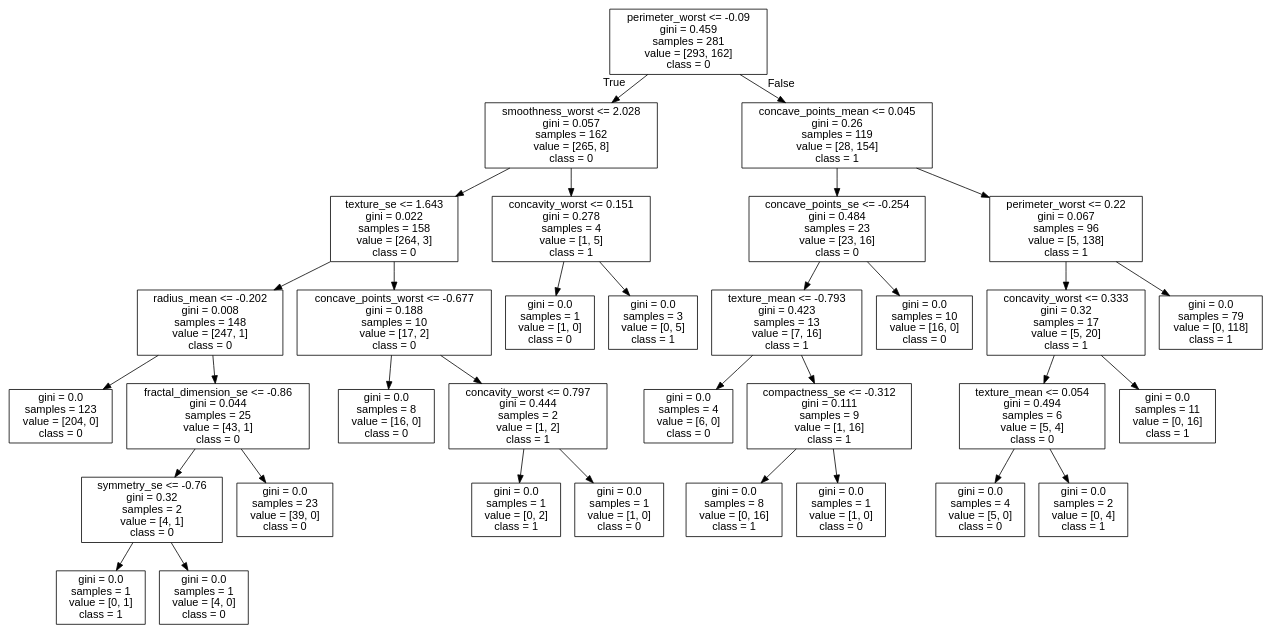
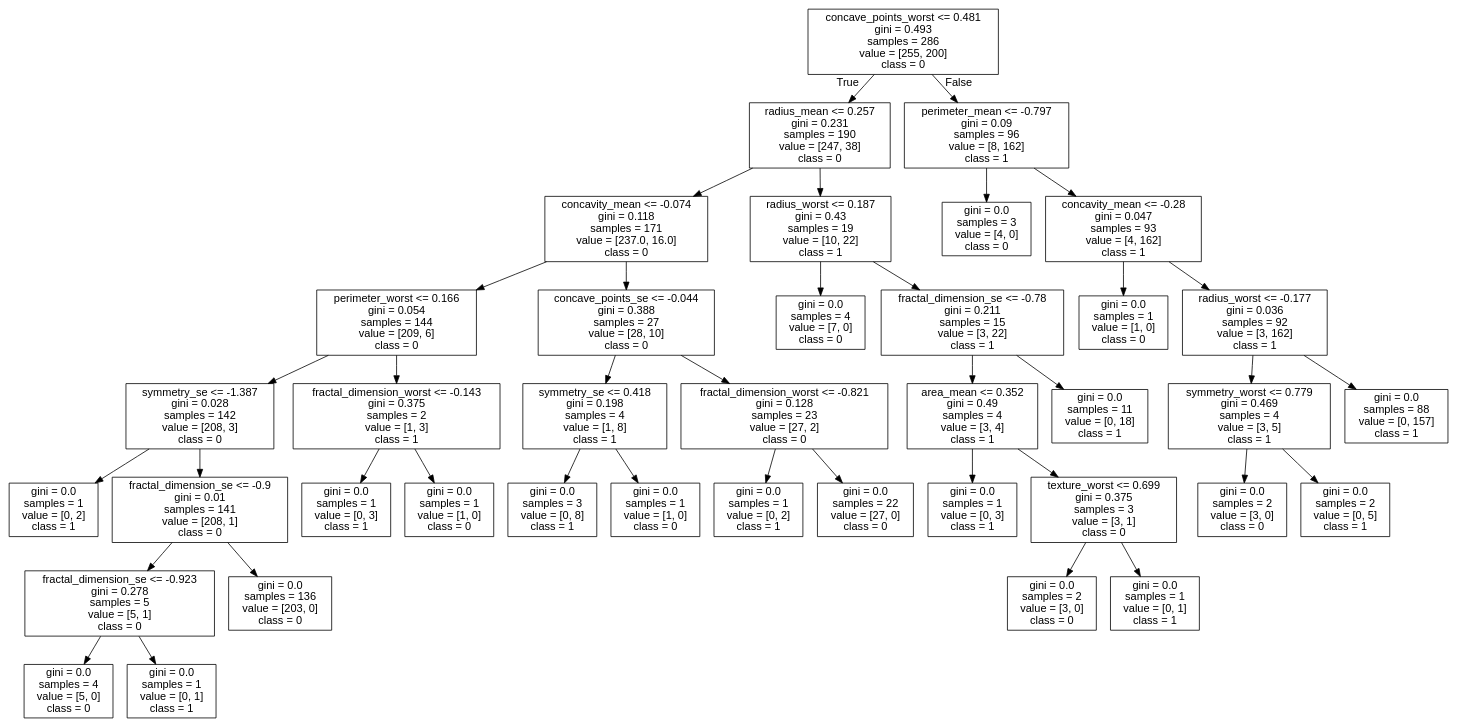
Before and after one commit to cyrilvincent/mlops: the diagram in data/cancer/tree.dot, drawn with Graphviz. The commit also changed 4 other files, not shown here.

```diff
--- a/data/cancer/tree.dot
+++ b/data/cancer/tree.dot
@@ -1,69 +1,81 @@
 digraph Tree {
 node [shape=box, fontname="helvetica"] ;
 edge [fontname="helvetica"] ;
-0 [label="perimeter_worst <= -0.09\ngini = 0.459\nsamples = 281\nvalue = [293, 162]\nclass = 0"] ;
-1 [label="smoothness_worst <= 2.028\ngini = 0.057\nsamples = 162\nvalue = [265, 8]\nclass = 0"] ;
+0 [label="concave_points_worst <= 0.481\ngini = 0.493\nsamples = 286\nvalue = [255, 200]\nclass = 0"] ;
+1 [label="radius_mean <= 0.257\ngini = 0.231\nsamples = 190\nvalue = [247, 38]\nclass = 0"] ;
 0 -> 1 [labeldistance=2.5, labelangle=45, headlabel="True"] ;
-2 [label="texture_se <= 1.643\ngini = 0.022\nsamples = 158\nvalue = [264, 3]\nclass = 0"] ;
+2 [label="concavity_mean <= -0.074\ngini = 0.118\nsamples = 171\nvalue = [237.0, 16.0]\nclass = 0"] ;
 1 -> 2 ;
-3 [label="radius_mean <= -0.202\ngini = 0.008\nsamples = 148\nvalue = [247, 1]\nclass = 0"] ;
+3 [label="perimeter_worst <= 0.166\ngini = 0.054\nsamples = 144\nvalue = [209, 6]\nclass = 0"] ;
 2 -> 3 ;
-4 [label="gini = 0.0\nsamples = 123\nvalue = [204, 0]\nclass = 0"] ;
+4 [label="symmetry_se <= -1.387\ngini = 0.028\nsamples = 142\nvalue = [208, 3]\nclass = 0"] ;
 3 -> 4 ;
-5 [label="fractal_dimension_se <= -0.86\ngini = 0.044\nsamples = 25\nvalue = [43, 1]\nclass = 0"] ;
-3 -> 5 ;
-6 [label="symmetry_se <= -0.76\ngini = 0.32\nsamples = 2\nvalue = [4, 1]\nclass = 0"] ;
-5 -> 6 ;
-7 [label="gini = 0.0\nsamples = 1\nvalue = [0, 1]\nclass = 1"] ;
+5 [label="gini = 0.0\nsamples = 1\nvalue = [0, 2]\nclass = 1"] ;
+4 -> 5 ;
+6 [label="fractal_dimension_se <= -0.9\ngini = 0.01\nsamples = 141\nvalue = [208, 1]\nclass = 0"] ;
+4 -> 6 ;
+7 [label="fractal_dimension_se <= -0.923\ngini = 0.278\nsamples = 5\nvalue = [5, 1]\nclass = 0"] ;
 6 -> 7 ;
-8 [label="gini = 0.0\nsamples = 1\nvalue = [4, 0]\nclass = 0"] ;
-6 -> 8 ;
-9 [label="gini = 0.0\nsamples = 23\nvalue = [39, 0]\nclass = 0"] ;
-5 -> 9 ;
-10 [label="concave_points_worst <= -0.677\ngini = 0.188\nsamples = 10\nvalue = [17, 2]\nclass = 0"] ;
-2 -> 10 ;
-11 [label="gini = 0.0\nsamples = 8\nvalue = [16, 0]\nclass = 0"] ;
-10 -> 11 ;
-12 [label="concavity_worst <= 0.797\ngini = 0.444\nsamples = 2\nvalue = [1, 2]\nclass = 1"] ;
-10 -> 12 ;
-13 [label="gini = 0.0\nsamples = 1\nvalue = [0, 2]\nclass = 1"] ;
-12 -> 13 ;
-14 [label="gini = 0.0\nsamples = 1\nvalue = [1, 0]\nclass = 0"] ;
-12 -> 14 ;
-15 [label="concavity_worst <= 0.151\ngini = 0.278\nsamples = 4\nvalue = [1, 5]\nclass = 1"] ;
-1 -> 15 ;
-16 [label="gini = 0.0\nsamples = 1\nvalue = [1, 0]\nclass = 0"] ;
+8 [label="gini = 0.0\nsamples = 4\nvalue = [5, 0]\nclass = 0"] ;
+7 -> 8 ;
+9 [label="gini = 0.0\nsamples = 1\nvalue = [0, 1]\nclass = 1"] ;
+7 -> 9 ;
+10 [label="gini = 0.0\nsamples = 136\nvalue = [203, 0]\nclass = 0"] ;
+6 -> 10 ;
+11 [label="fractal_dimension_worst <= -0.143\ngini = 0.375\nsamples = 2\nvalue = [1, 3]\nclass = 1"] ;
+3 -> 11 ;
+12 [label="gini = 0.0\nsamples = 1\nvalue = [0, 3]\nclass = 1"] ;
+11 -> 12 ;
+13 [label="gini = 0.0\nsamples = 1\nvalue = [1, 0]\nclass = 0"] ;
+11 -> 13 ;
+14 [label="concave_points_se <= -0.044\ngini = 0.388\nsamples = 27\nvalue = [28, 10]\nclass = 0"] ;
+2 -> 14 ;
+15 [label="symmetry_se <= 0.418\ngini = 0.198\nsamples = 4\nvalue = [1, 8]\nclass = 1"] ;
+14 -> 15 ;
+16 [label="gini = 0.0\nsamples = 3\nvalue = [0, 8]\nclass = 1"] ;
 15 -> 16 ;
-17 [label="gini = 0.0\nsamples = 3\nvalue = [0, 5]\nclass = 1"] ;
+17 [label="gini = 0.0\nsamples = 1\nvalue = [1, 0]\nclass = 0"] ;
 15 -> 17 ;
-18 [label="concave_points_mean <= 0.045\ngini = 0.26\nsamples = 119\nvalue = [28, 154]\nclass = 1"] ;
-0 -> 18 [labeldistance=2.5, labelangle=-45, headlabel="False"] ;
-19 [label="concave_points_se <= -0.254\ngini = 0.484\nsamples = 23\nvalue = [23, 16]\nclass = 0"] ;
+18 [label="fractal_dimension_worst <= -0.821\ngini = 0.128\nsamples = 23\nvalue = [27, 2]\nclass = 0"] ;
+14 -> 18 ;
+19 [label="gini = 0.0\nsamples = 1\nvalue = [0, 2]\nclass = 1"] ;
 18 -> 19 ;
-20 [label="texture_mean <= -0.793\ngini = 0.423\nsamples = 13\nvalue = [7, 16]\nclass = 1"] ;
-19 -> 20 ;
-21 [label="gini = 0.0\nsamples = 4\nvalue = [6, 0]\nclass = 0"] ;
-20 -> 21 ;
-22 [label="compactness_se <= -0.312\ngini = 0.111\nsamples = 9\nvalue = [1, 16]\nclass = 1"] ;
-20 -> 22 ;
-23 [label="gini = 0.0\nsamples = 8\nvalue = [0, 16]\nclass = 1"] ;
-22 -> 23 ;
-24 [label="gini = 0.0\nsamples = 1\nvalue = [1, 0]\nclass = 0"] ;
-22 -> 24 ;
-25 [label="gini = 0.0\nsamples = 10\nvalue = [16, 0]\nclass = 0"] ;
-19 -> 25 ;
-26 [label="perimeter_worst <= 0.22\ngini = 0.067\nsamples = 96\nvalue = [5, 138]\nclass = 1"] ;
-18 -> 26 ;
-27 [label="concavity_worst <= 0.333\ngini = 0.32\nsamples = 17\nvalue = [5, 20]\nclass = 1"] ;
+20 [label="gini = 0.0\nsamples = 22\nvalue = [27, 0]\nclass = 0"] ;
+18 -> 20 ;
+21 [label="radius_worst <= 0.187\ngini = 0.43\nsamples = 19\nvalue = [10, 22]\nclass = 1"] ;
+1 -> 21 ;
+22 [label="gini = 0.0\nsamples = 4\nvalue = [7, 0]\nclass = 0"] ;
+21 -> 22 ;
+23 [label="fractal_dimension_se <= -0.78\ngini = 0.211\nsamples = 15\nvalue = [3, 22]\nclass = 1"] ;
+21 -> 23 ;
+24 [label="area_mean <= 0.352\ngini = 0.49\nsamples = 4\nvalue = [3, 4]\nclass = 1"] ;
+23 -> 24 ;
+25 [label="gini = 0.0\nsamples = 1\nvalue = [0, 3]\nclass = 1"] ;
+24 -> 25 ;
+26 [label="texture_worst <= 0.699\ngini = 0.375\nsamples = 3\nvalue = [3, 1]\nclass = 0"] ;
+24 -> 26 ;
+27 [label="gini = 0.0\nsamples = 2\nvalue = [3, 0]\nclass = 0"] ;
 26 -> 27 ;
-28 [label="texture_mean <= 0.054\ngini = 0.494\nsamples = 6\nvalue = [5, 4]\nclass = 0"] ;
-27 -> 28 ;
-29 [label="gini = 0.0\nsamples = 4\nvalue = [5, 0]\nclass = 0"] ;
-28 -> 29 ;
-30 [label="gini = 0.0\nsamples = 2\nvalue = [0, 4]\nclass = 1"] ;
-28 -> 30 ;
-31 [label="gini = 0.0\nsamples = 11\nvalue = [0, 16]\nclass = 1"] ;
-27 -> 31 ;
-32 [label="gini = 0.0\nsamples = 79\nvalue = [0, 118]\nclass = 1"] ;
-26 -> 32 ;
+28 [label="gini = 0.0\nsamples = 1\nvalue = [0, 1]\nclass = 1"] ;
+26 -> 28 ;
+29 [label="gini = 0.0\nsamples = 11\nvalue = [0, 18]\nclass = 1"] ;
+23 -> 29 ;
+30 [label="perimeter_mean <= -0.797\ngini = 0.09\nsamples = 96\nvalue = [8, 162]\nclass = 1"] ;
+0 -> 30 [labeldistance=2.5, labelangle=-45, headlabel="False"] ;
+31 [label="gini = 0.0\nsamples = 3\nvalue = [4, 0]\nclass = 0"] ;
+30 -> 31 ;
+32 [label="concavity_mean <= -0.28\ngini = 0.047\nsamples = 93\nvalue = [4, 162]\nclass = 1"] ;
+30 -> 32 ;
+33 [label="gini = 0.0\nsamples = 1\nvalue = [1, 0]\nclass = 0"] ;
+32 -> 33 ;
+34 [label="radius_worst <= -0.177\ngini = 0.036\nsamples = 92\nvalue = [3, 162]\nclass = 1"] ;
+32 -> 34 ;
+35 [label="symmetry_worst <= 0.779\ngini = 0.469\nsamples = 4\nvalue = [3, 5]\nclass = 1"] ;
+34 -> 35 ;
+36 [label="gini = 0.0\nsamples = 2\nvalue = [3, 0]\nclass = 0"] ;
+35 -> 36 ;
+37 [label="gini = 0.0\nsamples = 2\nvalue = [0, 5]\nclass = 1"] ;
+35 -> 37 ;
+38 [label="gini = 0.0\nsamples = 88\nvalue = [0, 157]\nclass = 1"] ;
+34 -> 38 ;
 }
```
